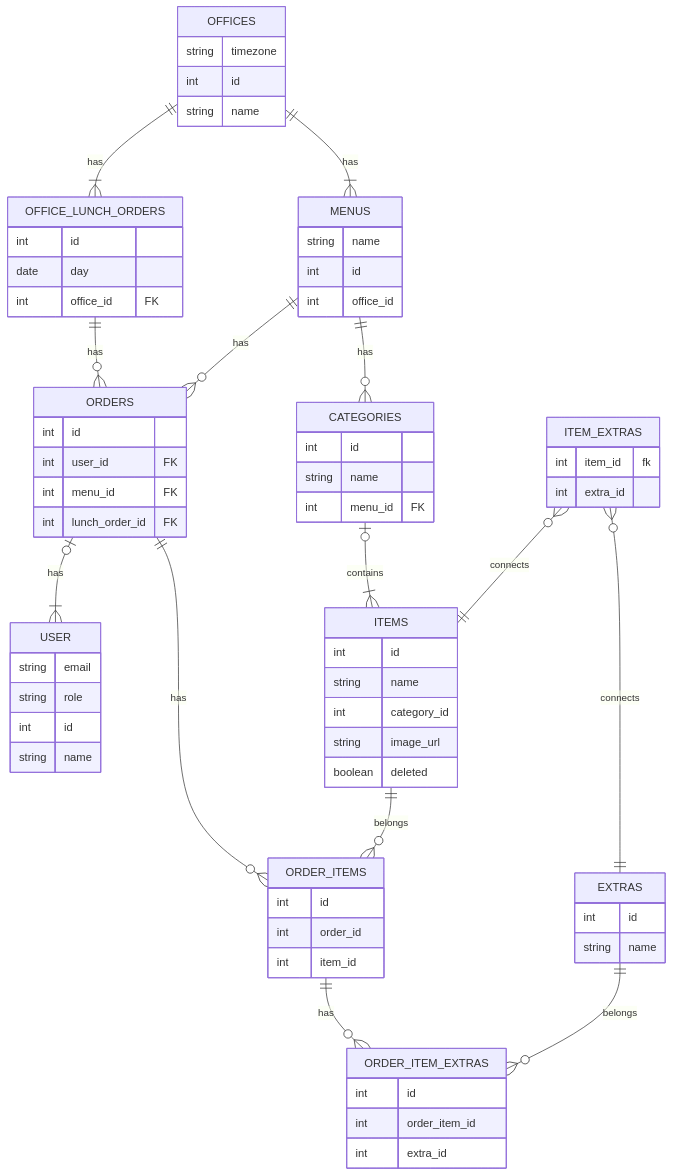
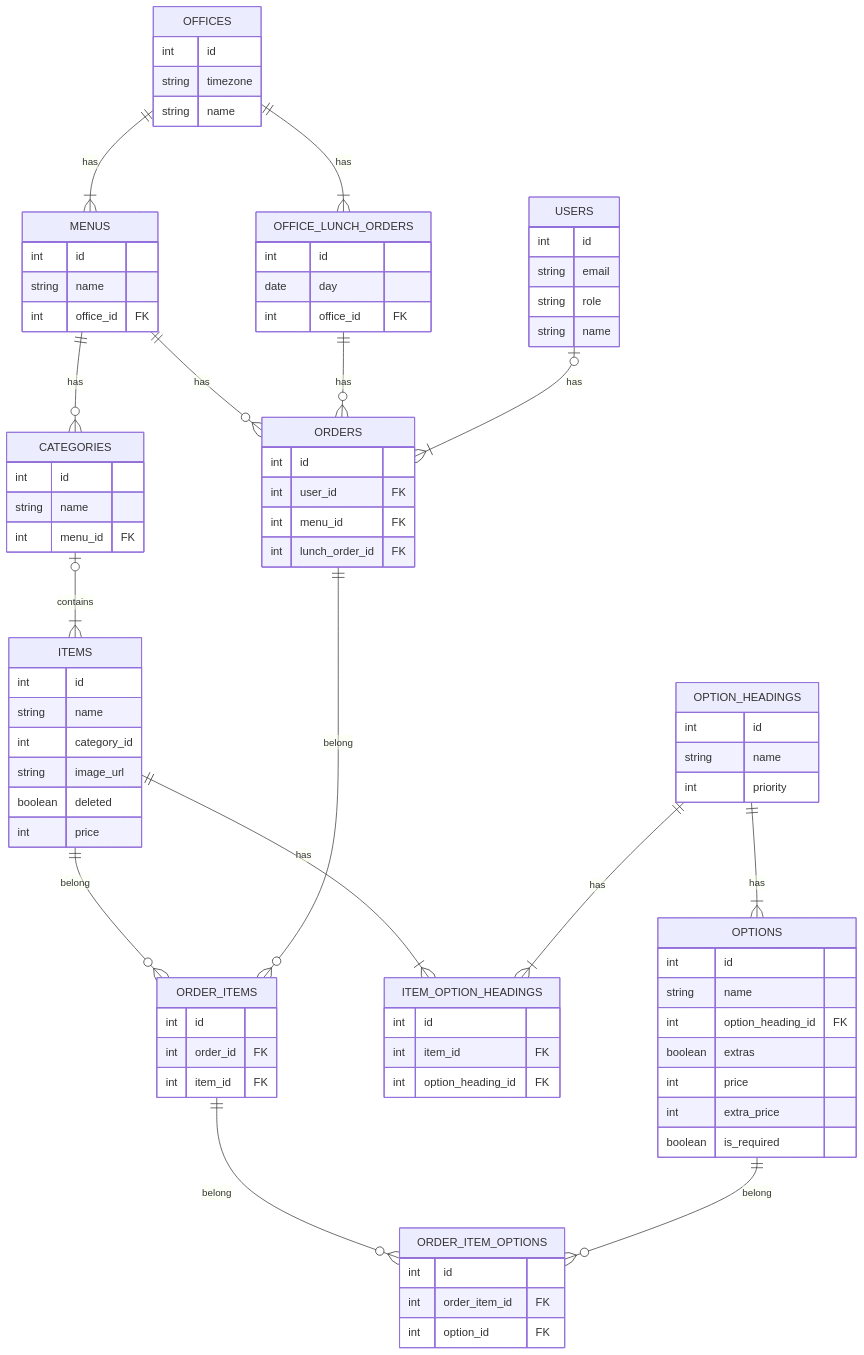
One commit to mojotech/lunchbot changed the diagram in README_Lunchbot.md. Above: the diagram before and after it, drawn with Mermaid.

Commit message:
chore: Updated data model

````diff
--- a/README_Lunchbot.md
+++ b/README_Lunchbot.md
@@ -5,22 +5,24 @@
 ```mermaid
   erDiagram
-    MENUS ||--o{ CATEGORIES : has
-    MENUS ||--o{ ORDERS : has
     MENUS {
+        int id
         string name
-        int id
-        int office_id
+        int office_id FK
     }
-    OFFICE_LUNCH_ORDERS ||--o{ ORDERS : has
     OFFICE_LUNCH_ORDERS {
         int id
         date day
         int office_id FK
     }
-    USER {
+    OFFICES {
+      int id
+      string timezone
+      string name
+    }
+    USERS {
+      int id
       string email
       string role
-      int id
       string name
     }
     ORDERS {
@@ -29,49 +31,60 @@
       int menu_id FK
       int lunch_order_id FK
     }
-    ITEMS ||--o{ ORDER_ITEMS : belongs
-    ORDER_ITEMS ||--o{ ORDER_ITEM_EXTRAS : has
     ORDER_ITEMS {
         int id
-        int order_id
-        int item_id
+        int order_id FK
+        int item_id FK
     }
-    OFFICES ||--|{ MENUS: has
-    OFFICES ||--|{ OFFICE_LUNCH_ORDERS: has
-    OFFICES {
-      string timezone
-      int id
-      string name
-    }
-    CATEGORIES |o--|{ ITEMS: contains
     CATEGORIES {
       int id
       string name
       int menu_id FK
     }
-    ITEM_EXTRAS }o--|| EXTRAS: connects
-    ITEM_EXTRAS }o--|| ITEMS: connects
-    ORDERS ||--o{ ORDER_ITEMS : has
-    EXTRAS ||--o{ ORDER_ITEM_EXTRAS: belongs
-    ORDERS |o--|{ USER: has
     ITEMS {
       int id
       string name
       int category_id
       string image_url
       boolean deleted
+      int price
     }
-    ORDER_ITEM_EXTRAS {
+    ITEM_OPTION_HEADINGS {
       int id
-      int order_item_id
-      int extra_id
+      int item_id FK
+      int option_heading_id FK
     }
-    EXTRAS {
+    OPTION_HEADINGS {
       int id
       string name
+      int priority
     }
-    ITEM_EXTRAS{
-      int item_id fk
-      int extra_id
+    OPTIONS {
+      int id
+      string name
+      int option_heading_id FK
+      boolean extras
+      int price
+      int extra_price
+      boolean is_required
     }
+    ORDER_ITEM_OPTIONS {
+        int id
+        int order_item_id FK
+        int option_id FK
+    }
+    MENUS ||--o{ ORDERS : has
+    MENUS ||--o{ CATEGORIES : has
+    OFFICES ||--|{ MENUS: has
+    OFFICES ||--|{ OFFICE_LUNCH_ORDERS: has
+    OFFICE_LUNCH_ORDERS ||--o{ ORDERS : has
+    USERS |o--|{ ORDERS: has
+    ITEMS ||--o{ ORDER_ITEMS : belong
+    ORDERS ||--o{ ORDER_ITEMS : belong
+    CATEGORIES |o--|{ ITEMS: contains
+    ORDER_ITEMS ||--o{ ORDER_ITEM_OPTIONS : belong
+    OPTIONS ||--o{ ORDER_ITEM_OPTIONS : belong
+    ITEMS ||--|{ ITEM_OPTION_HEADINGS: has
+    OPTION_HEADINGS ||--|{ OPTIONS: has
+    OPTION_HEADINGS ||--|{ ITEM_OPTION_HEADINGS: has
 ```
````
